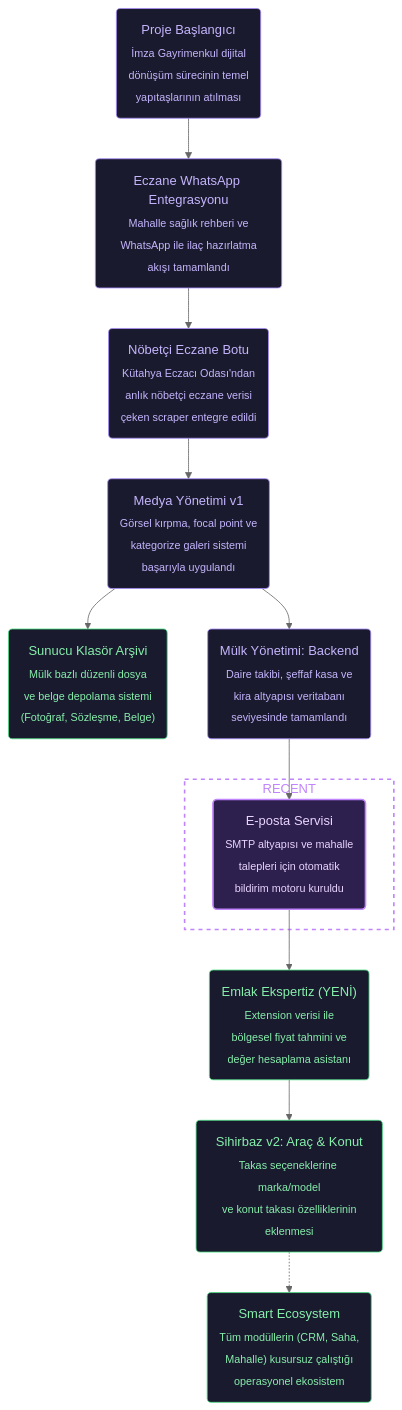
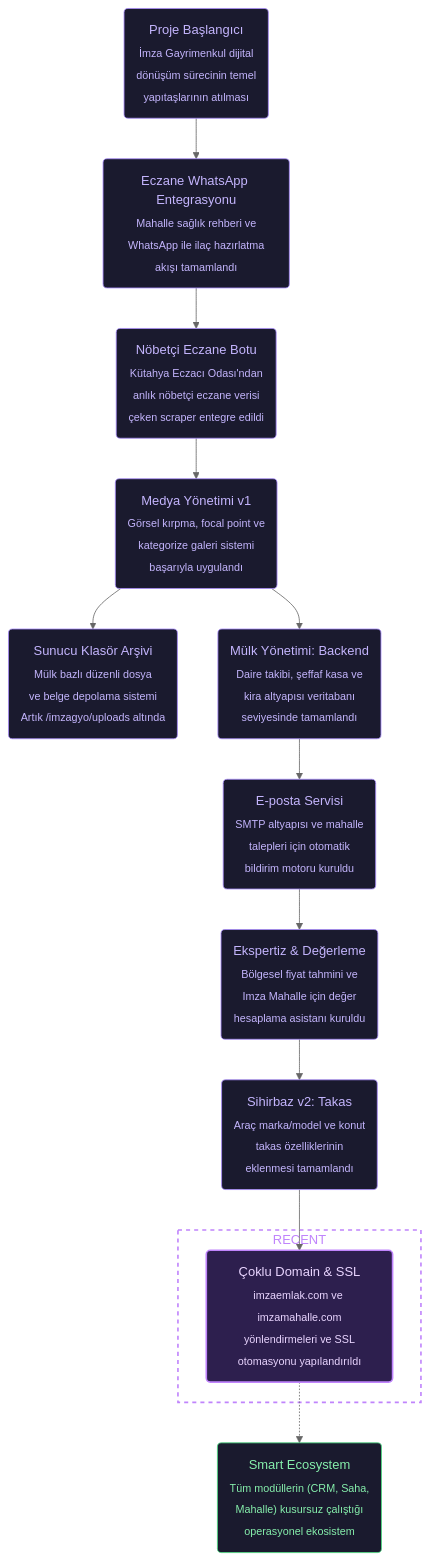
One commit to ramosis/imzagyo changed the diagram in vizvibe.mmd. Above: the diagram before and after it, drawn with Mermaid (neutral theme). The commit also changed 4 other files, not shown here.

Commit message:
feat: Add production deployment setup with Nginx multi-domain configuration, systemd service, and automated script.

```diff
--- a/vizvibe.mmd
+++ b/vizvibe.mmd
@@ -1,72 +1,77 @@
 flowchart TD
     %% === PROJE HEDEFLERİ ===
     %% Ultimate Goal: İmza Gayrimenkul portalını modern UI/UX, akıllı analiz ve birleşik mantıkla yeniden inşa etmek.
-    %% Current Goal: Faz 3 kapsamında Mülk Yönetimi, Ekspertiz Modülü ve Medya Arşiv Yapısı kuruluyor.
+    %% Current Goal: Çoklu domain yapısı ve ekspertiz modülü yayına alınıyor.
 
     %% === NODES ===
     %% @project_start [start, closed, 2026-03-01, nam]
     start("Proje Başlangıcı<br/><sub>İmza Gayrimenkul dijital<br/>dönüşüm sürecinin temel<br/>yapıtaşlarının atılması</sub>")
 
     %% @feature_health_whatsapp [ai-task, closed, 2026-03-24, antigravity]
     health_whatsapp("Eczane WhatsApp Entegrasyonu<br/><sub>Mahalle sağlık rehberi ve<br/>WhatsApp ile ilaç hazırlatma<br/>akışı tamamlandı</sub>")
 
     %% @feature_pharmacy_scrape [ai-task, closed, 2026-03-21, antigravity]
     pharmacy_scrape("Nöbetçi Eczane Botu<br/><sub>Kütahya Eczacı Odası'ndan<br/>anlık nöbetçi eczane verisi<br/>çeken scraper entegre edildi</sub>")
 
     %% @feature_media_manager [ai-task, closed, 2026-03-24, antigravity]
     feature_media_manager("Medya Yönetimi v1<br/><sub>Görsel kırpma, focal point ve<br/>kategorize galeri sistemi<br/>başarıyla uygulandı</sub>")
 
-    %% @feature_folder_structure [ai-task, opened, 2026-03-21, user]
-    folder_structure("Sunucu Klasör Arşivi<br/><sub>Mülk bazlı düzenli dosya<br/>ve belge depolama sistemi<br/>(Fotoğraf, Sözleşme, Belge)</sub>")
+    %% @feature_folder_structure [ai-task, closed, 2026-03-21, antigravity]
+    folder_structure("Sunucu Klasör Arşivi<br/><sub>Mülk bazlı düzenli dosya<br/>ve belge depolama sistemi<br/>Artık /imzagyo/uploads altında</sub>")
 
     %% @feature_mulk_yonetim_db [ai-task, closed, 2026-03-21, antigravity]
     mulk_yonetim_db("Mülk Yönetimi: Backend<br/><sub>Daire takibi, şeffaf kasa ve<br/>kira altyapısı veritabanı<br/>seviyesinde tamamlandı</sub>")
 
     %% @feature_email_service [ai-task, closed, 2026-03-21, antigravity]
     email_service("E-posta Servisi<br/><sub>SMTP altyapısı ve mahalle<br/>talepleri için otomatik<br/>bildirim motoru kuruldu</sub>")
 
-    %% @feature_appraisal_module [ai-task, opened, 2026-03-21, user]
-    appraisal_module("Emlak Ekspertiz (YENİ)<br/><sub>Extension verisi ile<br/>bölgesel fiyat tahmini ve<br/>değer hesaplama asistanı</sub>")
+    %% @feature_appraisal_module [ai-task, closed, 2026-03-21, antigravity]
+    appraisal_module("Ekspertiz & Değerleme<br/><sub>Bölgesel fiyat tahmini ve<br/>Imza Mahalle için değer<br/>hesaplama asistanı kuruldu</sub>")
 
-    %% @feature_wizard_v2 [ai-task, opened, 2026-03-21, user]
-    wizard_v2("Sihirbaz v2: Araç & Konut<br/><sub>Takas seçeneklerine marka/model<br/>ve konut takası özelliklerinin<br/>eklenmesi</sub>")
+    %% @feature_wizard_v2 [ai-task, closed, 2026-03-21, antigravity]
+    wizard_v2("Sihirbaz v2: Takas<br/><sub>Araç marka/model ve konut<br/>takas özelliklerinin<br/>eklenmesi tamamlandı</sub>")
+
+    %% @feature_multi_domain [ai-task, closed, 2026-03-21, antigravity]
+    feature_multi_domain("Çoklu Domain & SSL<br/><sub>imzaemlak.com ve imzamahalle.com<br/>yönlendirmeleri ve SSL<br/>otomasyonu yapılandırıldı</sub>")
 
     %% @ultimate_goal [end, opened, 2026-03-19, user]
     ultimate_goal("Smart Ecosystem<br/><sub>Tüm modüllerin (CRM, Saha,<br/>Mahalle) kusursuz çalıştığı<br/>operasyonel ekosistem</sub>")
 
     %% === CONNECTIONS ===
     start --> health_whatsapp
     health_whatsapp --> pharmacy_scrape
     pharmacy_scrape --> feature_media_manager
     feature_media_manager --> folder_structure
     feature_media_manager --> mulk_yonetim_db
     mulk_yonetim_db --> email_service
     email_service --> appraisal_module
     appraisal_module --> wizard_v2
-    wizard_v2 -.-> ultimate_goal
+    wizard_v2 --> feature_multi_domain
+    feature_multi_domain -.-> ultimate_goal
 
     %% === RECENT WORK HIGHLIGHT ===
     subgraph recent [RECENT]
-        email_service
+        feature_multi_domain
     end
 
     %% === STYLES ===
-    %% Closed tasks (soft purple)
+    %% Closed (soft purple)
     style start fill:#1a1a2e,stroke:#a78bfa,color:#c4b5fd,stroke-width:1px
     style health_whatsapp fill:#1a1a2e,stroke:#a78bfa,color:#c4b5fd,stroke-width:1px
     style pharmacy_scrape fill:#1a1a2e,stroke:#a78bfa,color:#c4b5fd,stroke-width:1px
     style feature_media_manager fill:#1a1a2e,stroke:#a78bfa,color:#c4b5fd,stroke-width:1px
+    style folder_structure fill:#1a1a2e,stroke:#a78bfa,color:#c4b5fd,stroke-width:1px
     style mulk_yonetim_db fill:#1a1a2e,stroke:#a78bfa,color:#c4b5fd,stroke-width:1px
     style email_service fill:#1a1a2e,stroke:#a78bfa,color:#c4b5fd,stroke-width:1px
+    style appraisal_module fill:#1a1a2e,stroke:#a78bfa,color:#c4b5fd,stroke-width:1px
+    style wizard_v2 fill:#1a1a2e,stroke:#a78bfa,color:#c4b5fd,stroke-width:1px
+    style feature_multi_domain fill:#1a1a2e,stroke:#a78bfa,color:#c4b5fd,stroke-width:1px
 
-    %% Recent node (highlighted purple)
-    style email_service fill:#2d1f4e,stroke:#c084fc,color:#e9d5ff,stroke-width:2px
+    %% Recent (bright purple)
+    style feature_multi_domain fill:#2d1f4e,stroke:#c084fc,color:#e9d5ff,stroke-width:2px
 
-    %% Recent subgraph (dashed border)
+    %% Recent subgraph
     style recent fill:transparent,stroke:#c084fc,color:#c084fc,stroke-width:2px,stroke-dasharray:5 5
 
-    %% Open tasks (soft green)
-    style folder_structure fill:#1a1a2e,stroke:#4ade80,color:#86efac,stroke-width:1px
-    style appraisal_module fill:#1a1a2e,stroke:#4ade80,color:#86efac,stroke-width:1px
-    style wizard_v2 fill:#1a1a2e,stroke:#4ade80,color:#86efac,stroke-width:1px
+    %% Open (soft green)
     style ultimate_goal fill:#1a1a2e,stroke:#4ade80,color:#86efac,stroke-width:1px
```
